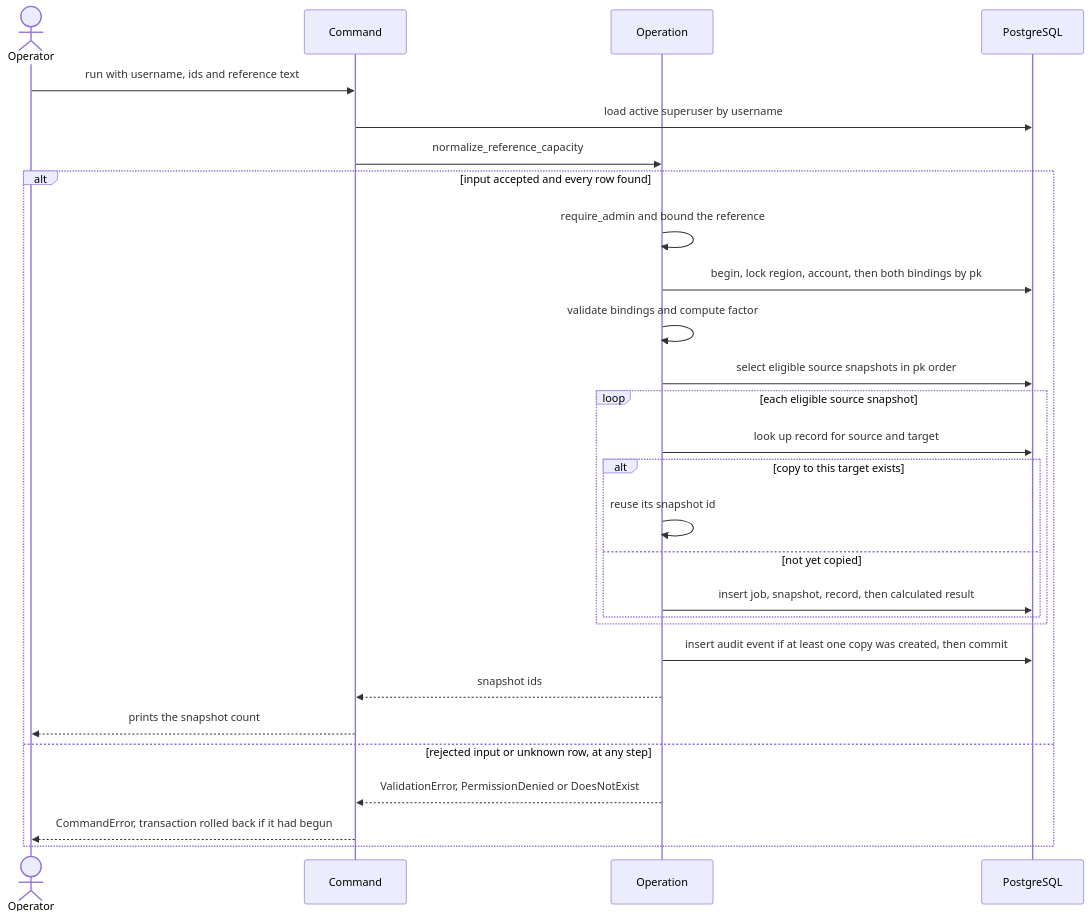
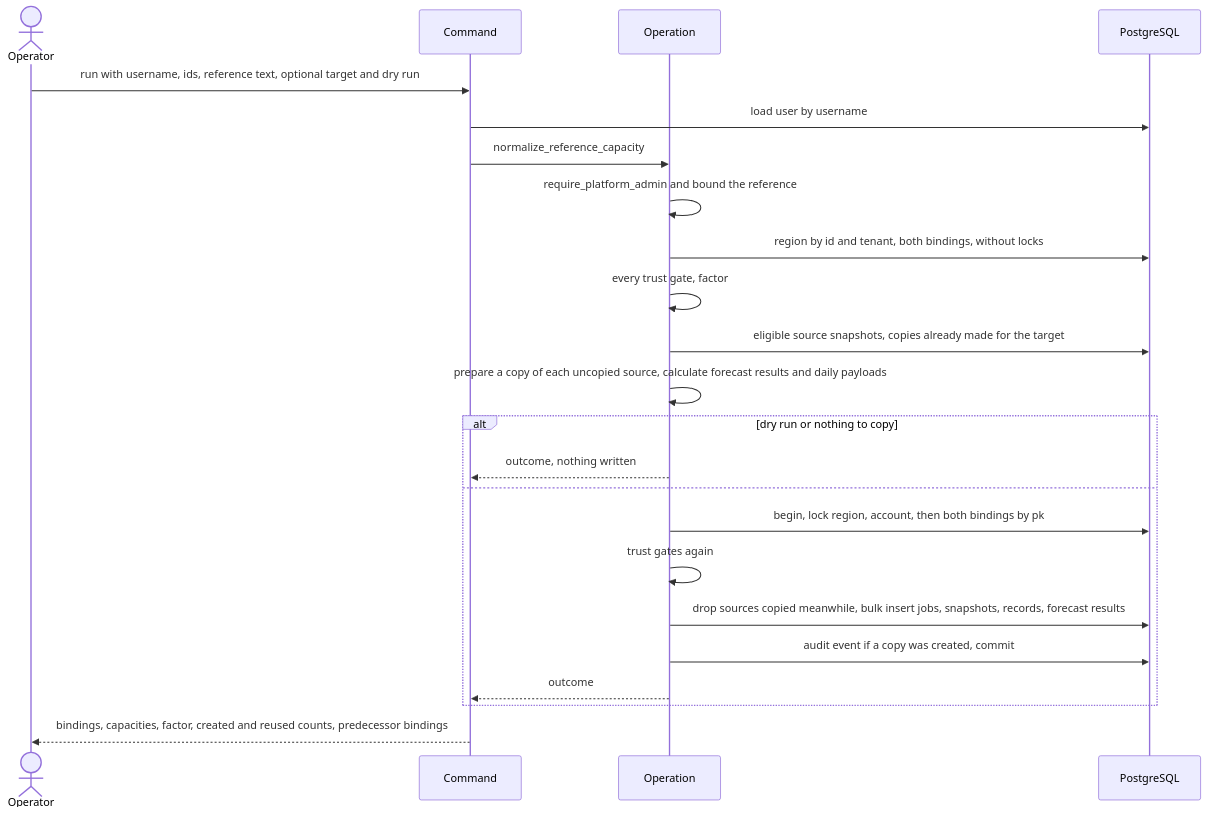
Before and after one commit to erkurtharun/pyracast: the diagram in docs/flows/reference-capacity-normalization.md, drawn with Mermaid. The commit also changed other lines of this file and 85 other files, not shown here.

First line of the commit message:
Bring the flow pages in line with the code (#107)

````diff
--- a/docs/flows/reference-capacity-normalization.md
+++ b/docs/flows/reference-capacity-normalization.md
@@ -12,30 +12,25 @@
 ```mermaid
 sequenceDiagram
     actor Op as Operator
     participant Cmd as Command
     participant Svc as Operation
     participant DB as PostgreSQL
-    Op->>Cmd: run with username, ids and reference text
-    Cmd->>DB: load active superuser by username
+    Op->>Cmd: run with username, ids, reference text, optional target and dry run
+    Cmd->>DB: load user by username
     Cmd->>Svc: normalize_reference_capacity
-    alt input accepted and every row found
-        Svc->>Svc: require_admin and bound the reference
+    Svc->>Svc: require_platform_admin and bound the reference
+    Svc->>DB: region by id and tenant, both bindings, without locks
+    Svc->>Svc: every trust gate, factor
+    Svc->>DB: eligible source snapshots, copies already made for the target
+    Svc->>Svc: prepare a copy of each uncopied source, calculate forecast results and daily payloads
+    alt dry run or nothing to copy
+        Svc-->>Cmd: outcome, nothing written
+    else
         Svc->>DB: begin, lock region, account, then both bindings by pk
-        Svc->>Svc: validate bindings and compute factor
-        Svc->>DB: select eligible source snapshots in pk order
-        loop each eligible source snapshot
-            Svc->>DB: look up record for source and target
-            alt copy to this target exists
-                Svc->>Svc: reuse its snapshot id
-            else not yet copied
-                Svc->>DB: insert job, snapshot, record, then calculated result
-            end
-        end
-        Svc->>DB: insert audit event if at least one copy was created, then commit
-        Svc-->>Cmd: snapshot ids
-        Cmd-->>Op: prints the snapshot count
-    else rejected input or unknown row, at any step
-        Svc-->>Cmd: ValidationError, PermissionDenied or DoesNotExist
-        Cmd-->>Op: CommandError, transaction rolled back if it had begun
+        Svc->>Svc: trust gates again
+        Svc->>DB: drop sources copied meanwhile, bulk insert jobs, snapshots, records, forecast results
+        Svc->>DB: audit event if a copy was created, commit
+        Svc-->>Cmd: outcome
     end
+    Cmd-->>Op: bindings, capacities, factor, created and reused counts, predecessor bindings
 ```
````
